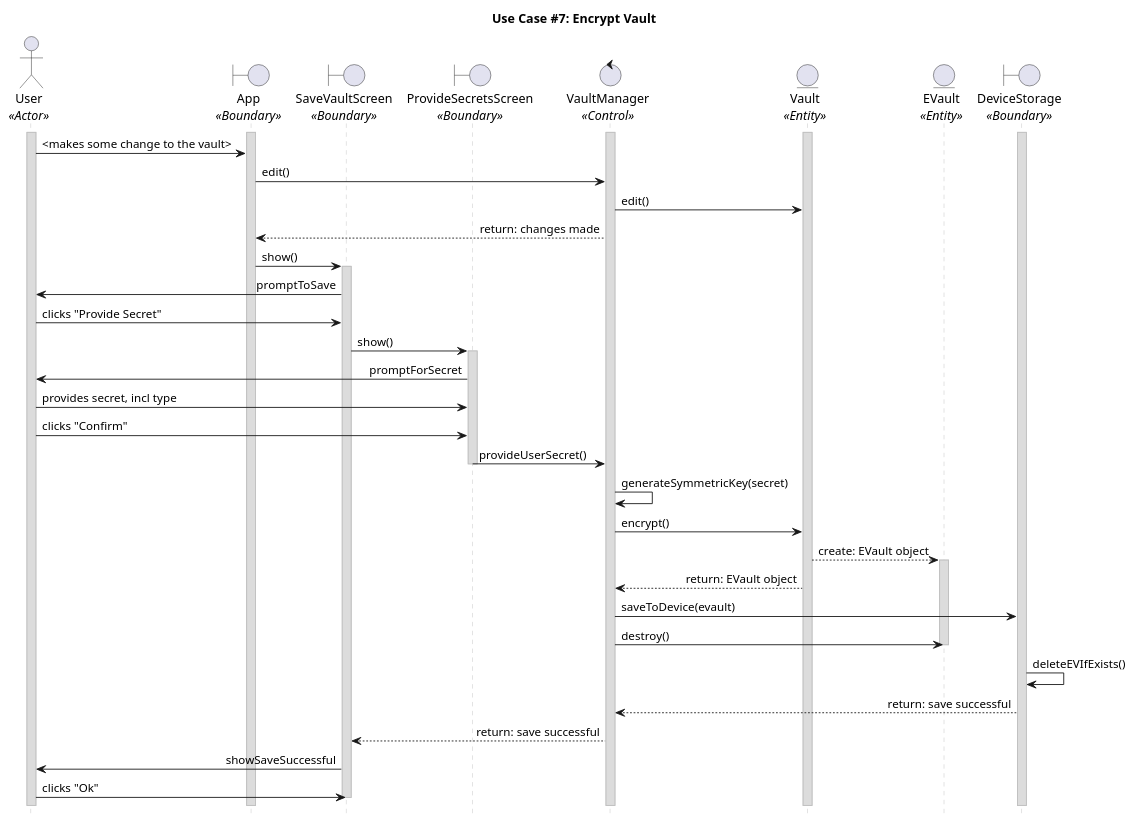
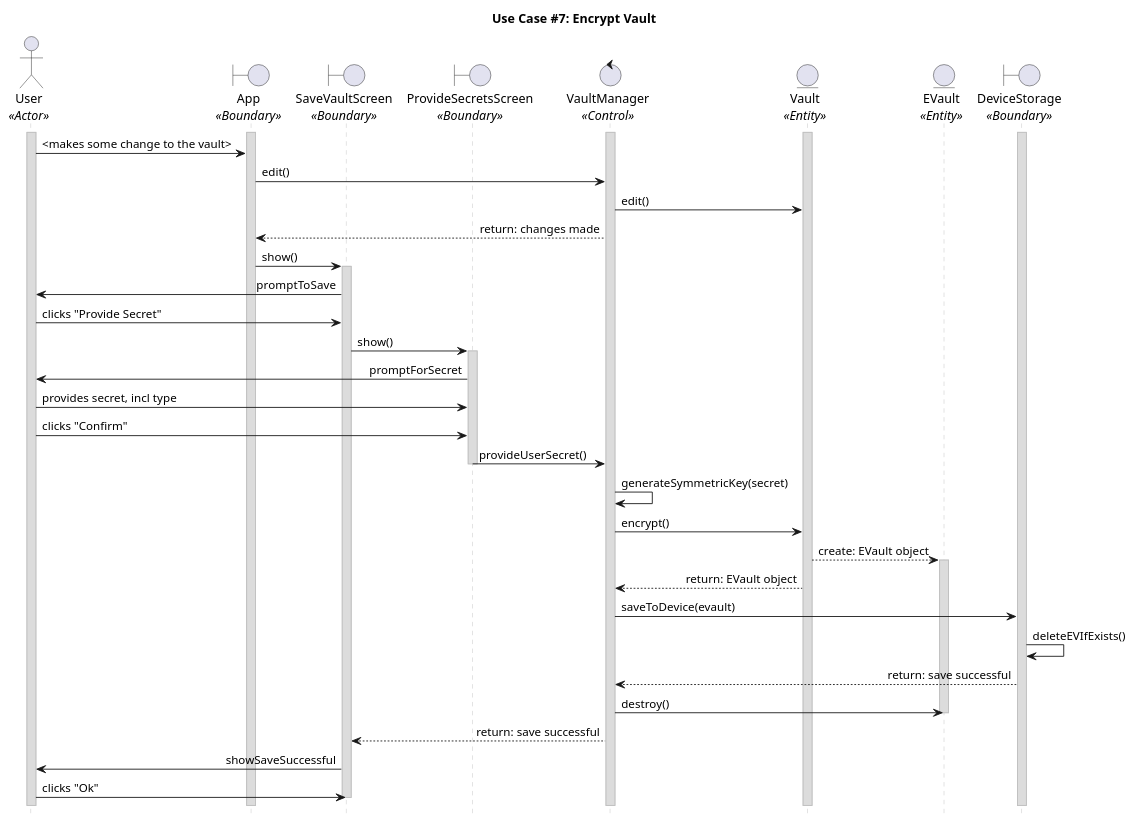
One commit to CECS-491-SP24-Group-1/seq-diagrams changed the diagram in uc_07.puml. Above: the diagram before and after it, drawn with PlantUML.

Commit message:
Rearrange destroy() call

```diff
--- a/uc_07.puml
+++ b/uc_07.puml
@@ -1,77 +1,78 @@
 @startuml uc07
 title "Use Case #7: Encrypt Vault"
 
 'Styling goes here
 hide footbox
 skinparam stereotypePosition bottom
 skinparam sequenceMessageAlign direction
 skinparam sequence {
 	LifeLineBorderColor #Silver
 	LifeLineBackgroundColor #Gainsboro
 }
 
 'Setup the objects involved here
 actor User as u <<Actor>>
 boundary App as a <<Boundary>>
 boundary SaveVaultScreen as svs <<Boundary>>
 boundary ProvideSecretsScreen as pss <<Boundary>>
 control VaultManager as vm <<Control>>
 entity Vault as v <<Entity>>
 entity EVault as ev <<Entity>>
 boundary DeviceStorage as ds <<Boundary>>
 
 'Setup persistent objects here
 activate u
 activate a
 activate vm
 activate ds
 activate v
 
 '--- FLOW OF CONTROL STARTS HERE ---
 'The user makes a change to the vault in some way.
 u -> a: <makes some change to the vault>
 a -> vm: edit()
 vm -> v: edit()
 vm --> a: return: changes made
 
 'The user is prompted to provide a secret; can differ from the one previously provided.
 a -> svs: show()
 activate svs
 svs -> u: promptToSave
 u -> svs: clicks "Provide Secret"
 svs -> pss: show()
 activate pss
 pss -> u: promptForSecret
 
 'The user provides a secret to encrypt the vault with.
 u -> pss: provides secret, incl type
 u -> pss: clicks "Confirm"
 pss -> vm: provideUserSecret()
 deactivate pss
 
 'The device transforms the secret into an equivalent symmetric key.
 vm -> vm: generateSymmetricKey(secret)
 
 'The symmetric key is used to encrypt the contents of the vault.
 vm -> v: encrypt()
 v --> ev: create: EVault object
 activate ev
 v --> vm: return: EVault object
 
 'The encrypted vault is saved to local device storage.
 vm -> ds: saveToDevice(evault)
-vm -> ev: destroy()
-deactivate ev
+
 
 'The old vault is deleted, if one already exists.
 ds -> ds: deleteEVIfExists()
 
 'Cleanup
 ds --> vm: return: save successful
+vm -> ev: destroy()
+deactivate ev
 vm --> svs: return: save successful
 svs -> u: showSaveSuccessful
 u -> svs: clicks "Ok"
 deactivate svs
 '--- FLOW OF CONTROL ENDS HERE   ---
 
 @enduml
```
